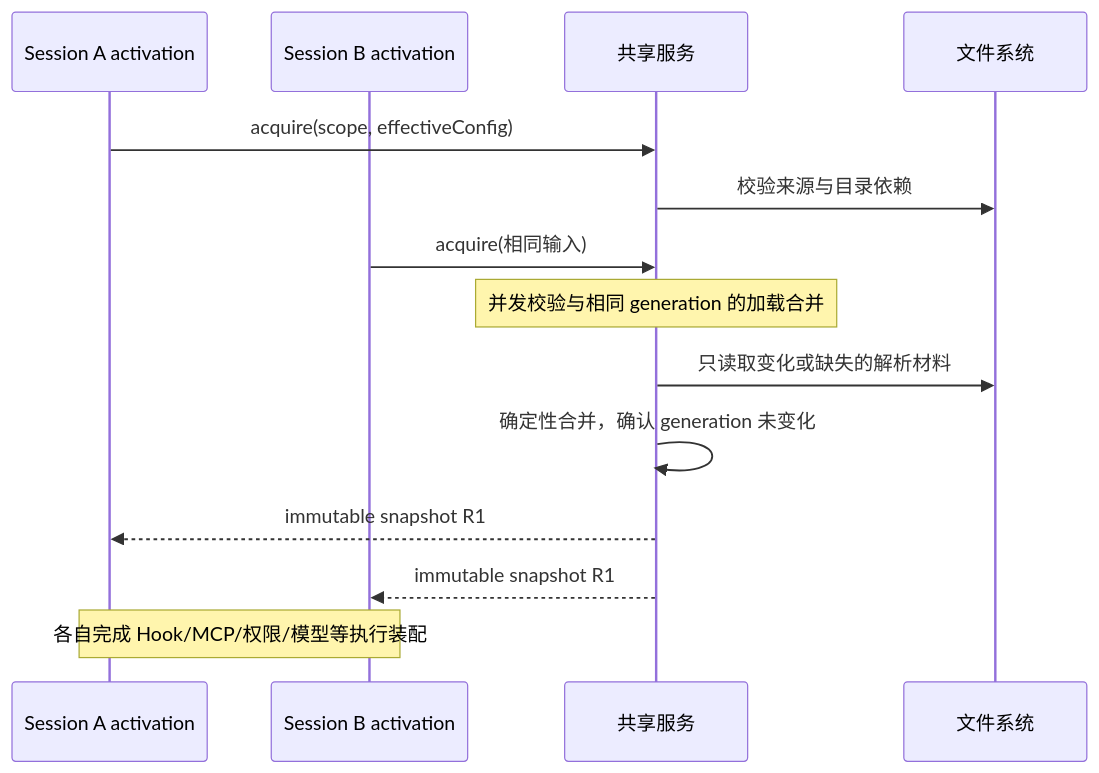
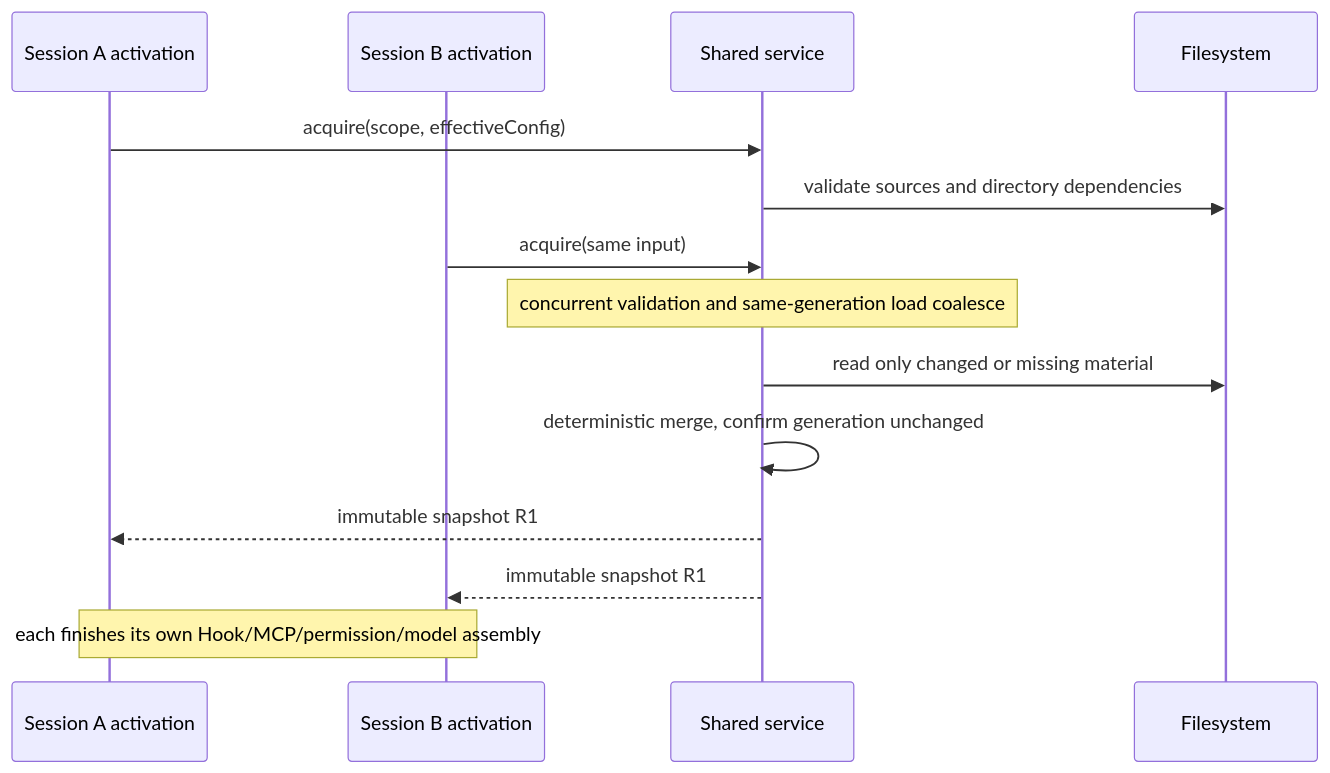
The second of 2 diagrams in docs/workspace-capability-discovery-cache.md (osben/ZCode), drawn with Mermaid before and after one commit. The commit also changed other lines of this file and 26 other files, not shown here.

````diff
--- a/docs/workspace-capability-discovery-cache.md
+++ b/docs/workspace-capability-discovery-cache.md
@@ -112,16 +112,16 @@
 ```mermaid
 sequenceDiagram
     participant A as Session A activation
     participant B as Session B activation
-    participant C as 共享服务
-    participant F as 文件系统
+    participant C as Shared service
+    participant F as Filesystem
     A->>C: acquire(scope, effectiveConfig)
-    C->>F: 校验来源与目录依赖
-    B->>C: acquire(相同输入)
-    Note over C: 并发校验与相同 generation 的加载合并
-    C->>F: 只读取变化或缺失的解析材料
-    C->>C: 确定性合并，确认 generation 未变化
+    C->>F: validate sources and directory dependencies
+    B->>C: acquire(same input)
+    Note over C: concurrent validation and same-generation load coalesce
+    C->>F: read only changed or missing material
+    C->>C: deterministic merge, confirm generation unchanged
     C-->>A: immutable snapshot R1
     C-->>B: immutable snapshot R1
-    Note over A,B: 各自完成 Hook/MCP/权限/模型等执行装配
+    Note over A,B: each finishes its own Hook/MCP/permission/model assembly
 ```
````
